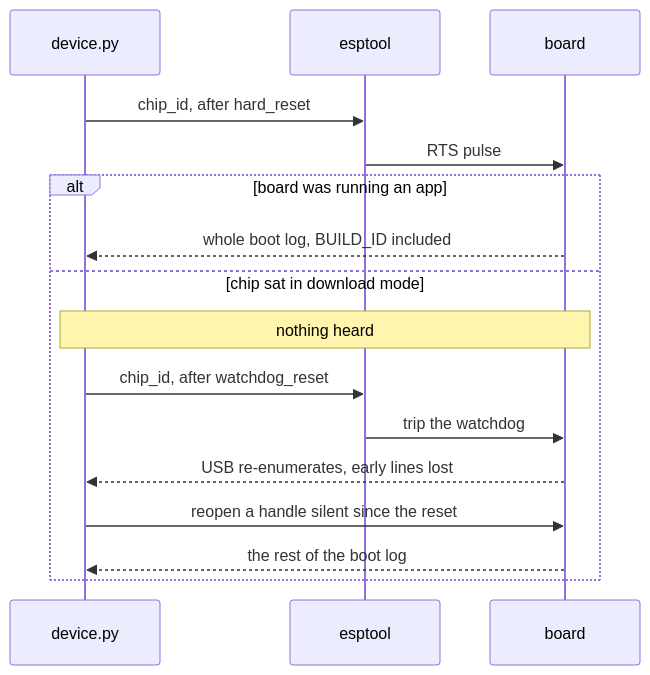
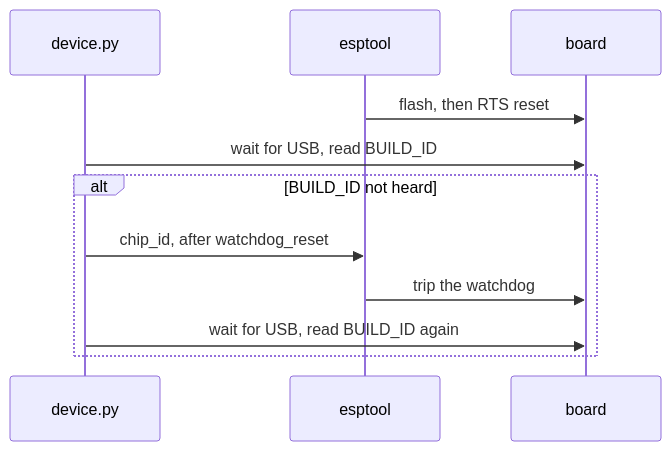
Before and after one commit to jose-villegas/autana: the first of 2 diagrams in docs/notes/Flashing-and-Toolchain.md, drawn with Mermaid. The commit also changed other lines of this file and 4 other files, not shown here.

Commit message:
device: verify flash after USB re-enumeration

````diff
--- a/docs/notes/Flashing-and-Toolchain.md
+++ b/docs/notes/Flashing-and-Toolchain.md
@@ -67,18 +61,13 @@
 ```mermaid
 sequenceDiagram
     participant Dev as device.py
     participant Esp as esptool
     participant Board as board
-    Dev->>Esp: chip_id, after hard_reset
-    Esp->>Board: RTS pulse
-    alt board was running an app
-        Board-->>Dev: whole boot log, BUILD_ID included
-    else chip sat in download mode
-        Note over Dev,Board: nothing heard
+    Esp->>Board: flash, then RTS reset
+    Dev->>Board: wait for USB, read BUILD_ID
+    alt BUILD_ID not heard
         Dev->>Esp: chip_id, after watchdog_reset
         Esp->>Board: trip the watchdog
-        Board-->>Dev: USB re-enumerates, early lines lost
-        Dev->>Board: reopen a handle silent since the reset
-        Board-->>Dev: the rest of the boot log
+        Dev->>Board: wait for USB, read BUILD_ID again
     end
 ```
````
